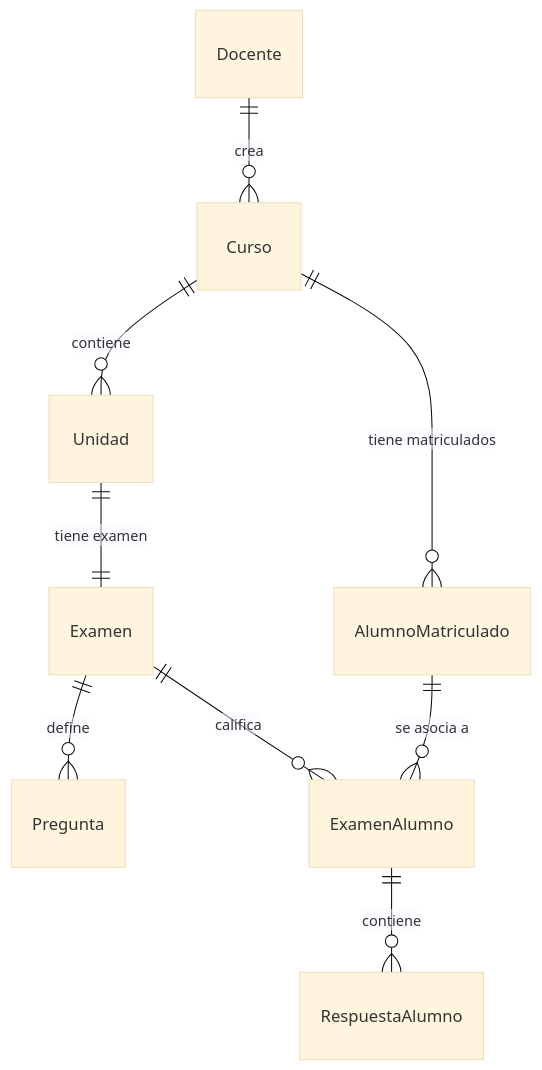
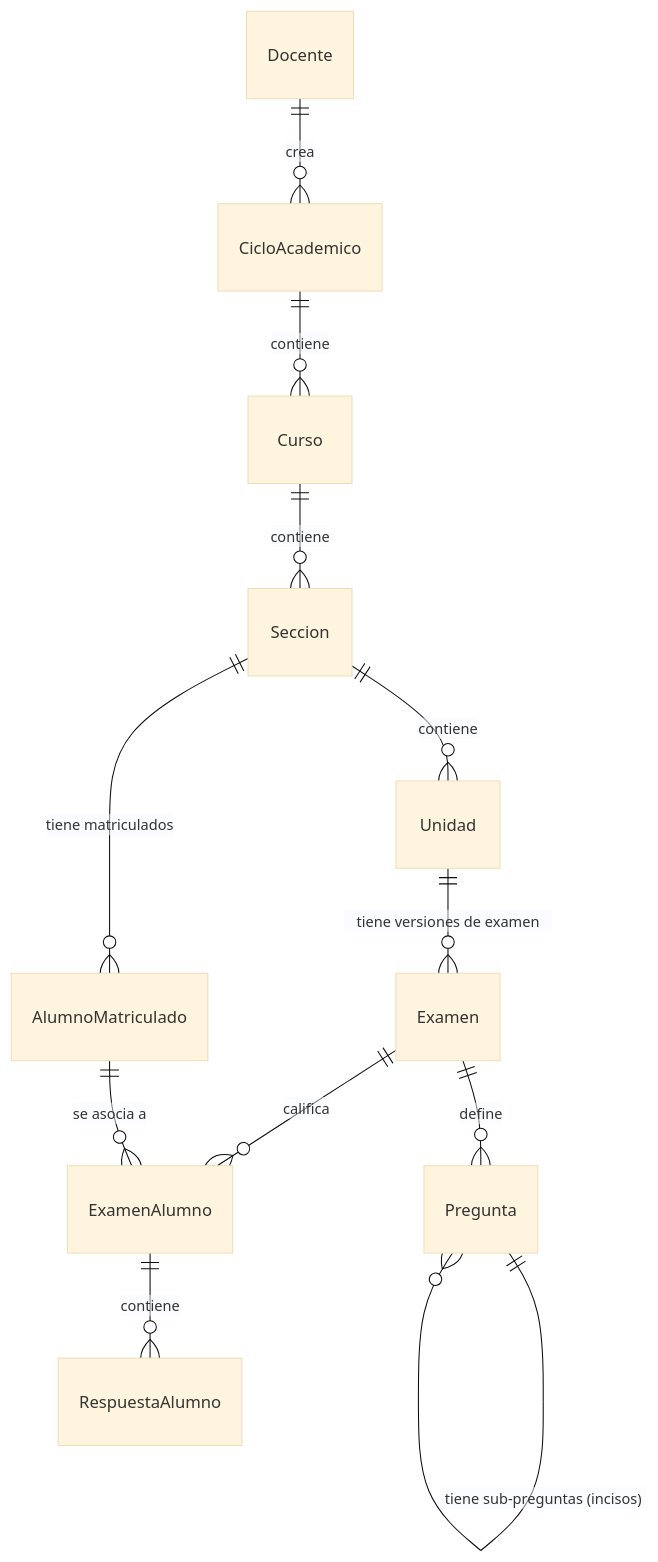
The diagram in SCIBM/DB/database_design.md (AngelVargasGutierrez/SCIBM), drawn with Mermaid (base theme) before and after one commit. The commit also changed other lines of this file and 12 other files, not shown here.

````diff
--- a/SCIBM/DB/database_design.md
+++ b/SCIBM/DB/database_design.md
@@ -19,11 +21,14 @@
 ```mermaid
 erDiagram
-    Docente ||--o{ Curso : "crea"
-    Curso ||--o{ AlumnoMatriculado : "tiene matriculados"
-    Curso ||--o{ Unidad : "contiene"
-    Unidad ||--|| Examen : "tiene examen"
+    Docente ||--o{ CicloAcademico : "crea"
+    CicloAcademico ||--o{ Curso : "contiene"
+    Curso ||--o{ Seccion : "contiene"
+    Seccion ||--o{ AlumnoMatriculado : "tiene matriculados"
+    Seccion ||--o{ Unidad : "contiene"
+    Unidad ||--o{ Examen : "tiene versiones de examen"
     Examen ||--o{ Pregunta : "define"
+    Pregunta ||--o{ Pregunta : "tiene sub-preguntas (incisos)"
     Examen ||--o{ ExamenAlumno : "califica"
     ExamenAlumno ||--o{ RespuestaAlumno : "contiene"
     AlumnoMatriculado ||--o{ ExamenAlumno : "se asocia a"
 ```
````
